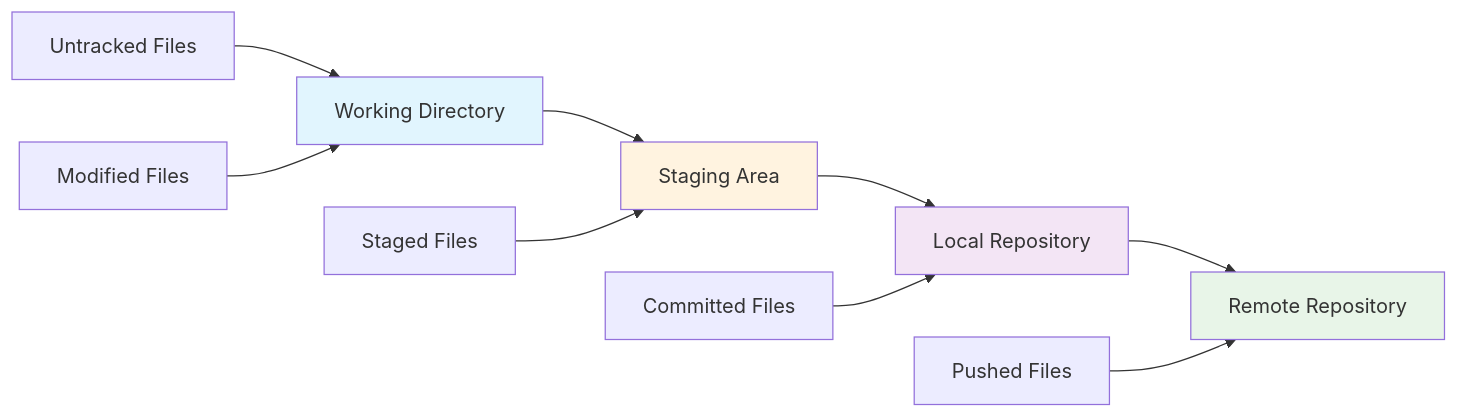
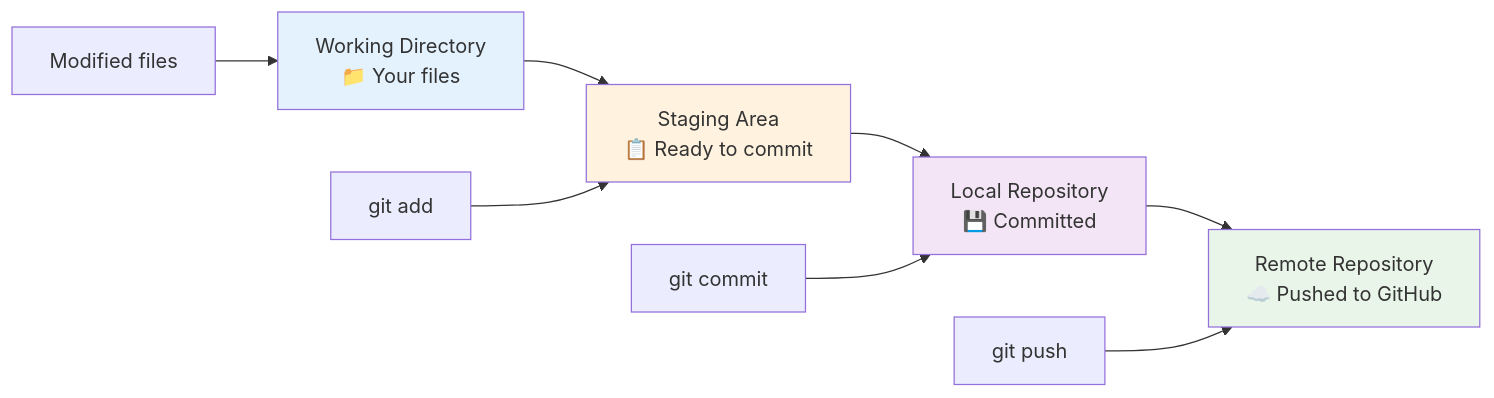
One commit to blackmaskexe/github-foundations changed the sixth of 13 diagrams in 01 - Git/07 - Branches.md. Above: the diagram before and after it, drawn with Mermaid. The commit also changed other lines of this file, not shown here.

Commit message:
replace gitgraph with mermaid

````diff
--- a/01 - Git/07 - Branches.md
+++ b/01 - Git/07 - Branches.md
@@ -188,17 +164,16 @@
 ```mermaid
-flowchart LR
-    A[Working Directory] --> B[Staging Area]
-    B --> C[Local Repository]
-    C --> D[Remote Repository]
+graph LR
+    A[Working Directory<br/>📁 Your files] --> B[Staging Area<br/>📋 Ready to commit]
+    B --> C[Local Repository<br/>💾 Committed]
+    C --> D[Remote Repository<br/>☁️ Pushed to GitHub]
 
-    E[Untracked Files] --> A
-    F[Modified Files] --> A
-    G[Staged Files] --> B
-    H[Committed Files] --> C
-    I[Pushed Files] --> D
+    E[Modified files] --> A
+    F[git add] --> B
+    G[git commit] --> C
+    H[git push] --> D
 
-    style A fill:#e1f5fe
+    style A fill:#e3f2fd
     style B fill:#fff3e0
     style C fill:#f3e5f5
     style D fill:#e8f5e8
 ```
````
